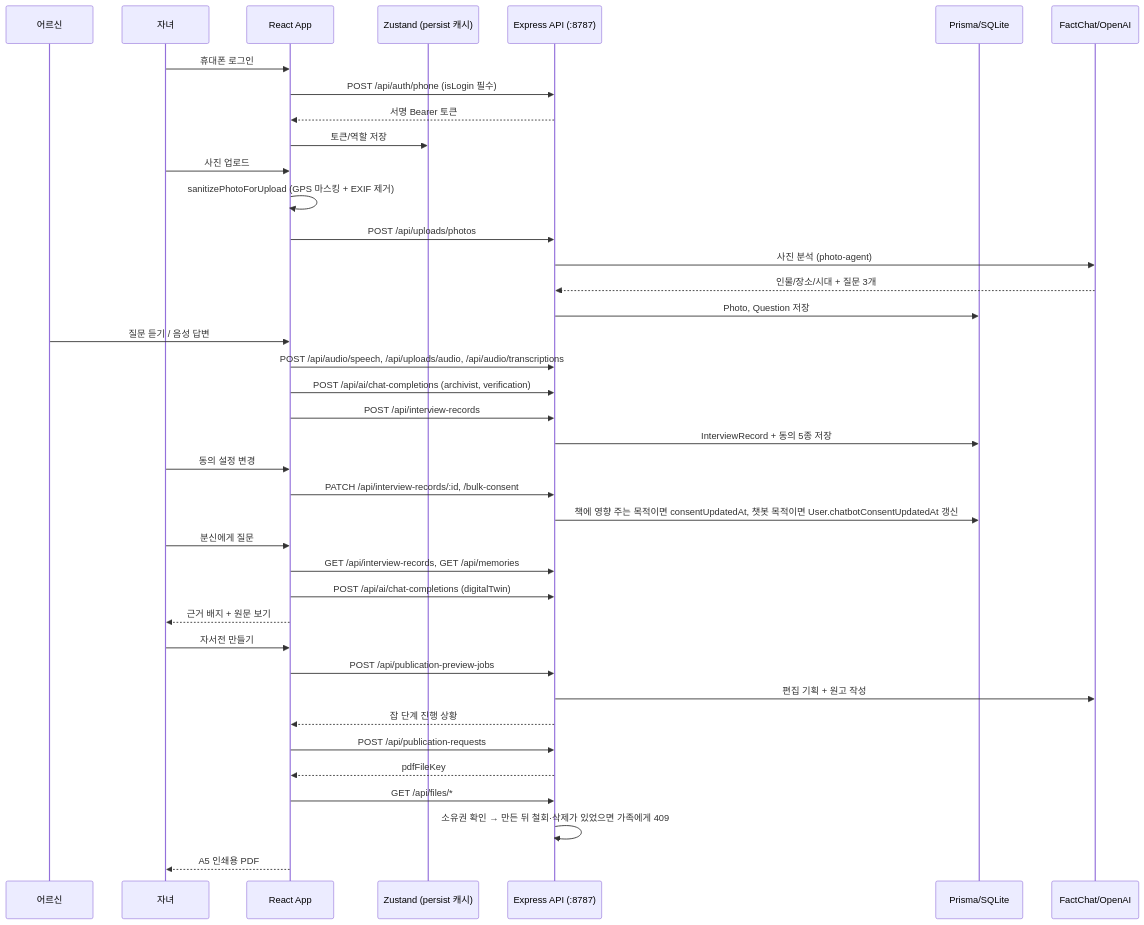
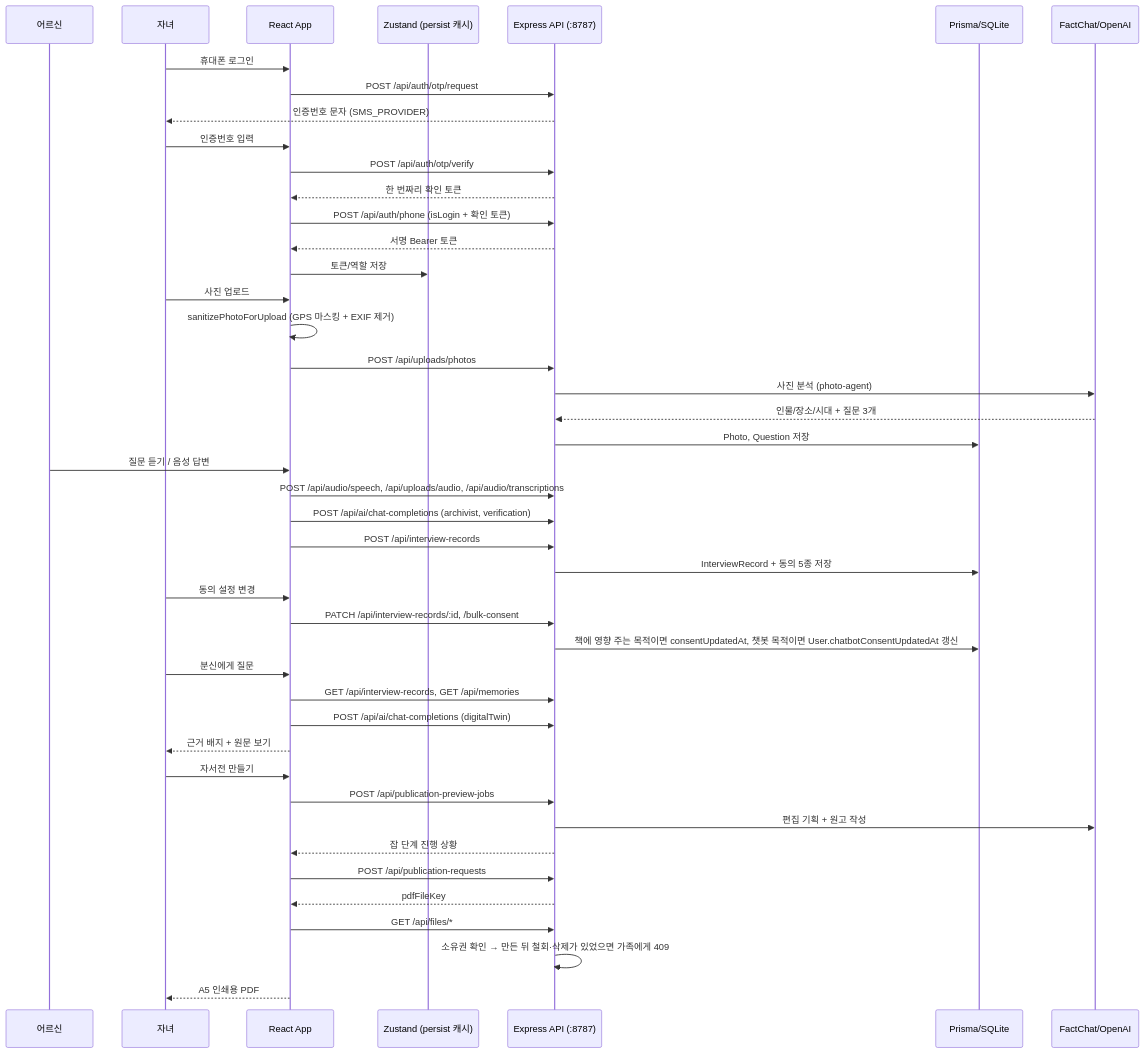
One commit to moondh99/dearlog changed the second of 4 diagrams in docs/technical-architecture.md. Above: the diagram before and after it, drawn with Mermaid. The commit also changed other lines of this file and 20 other files, not shown here.

First line of the commit message:
feat(auth): 로그인과 가입에 휴대폰 인증번호(OTP)를 붙였다 (#22)

````diff
--- a/docs/technical-architecture.md
+++ b/docs/technical-architecture.md
@@ -59,42 +59,47 @@
 ```mermaid
 sequenceDiagram
   participant Parent as 어르신
   participant Child as 자녀
   participant App as React App
   participant Store as Zustand (persist 캐시)
   participant API as Express API (:8787)
   participant DB as Prisma/SQLite
   participant AI as FactChat/OpenAI
 
   Child->>App: 휴대폰 로그인
-  App->>API: POST /api/auth/phone (isLogin 필수)
+  App->>API: POST /api/auth/otp/request
+  API-->>Child: 인증번호 문자 (SMS_PROVIDER)
+  Child->>App: 인증번호 입력
+  App->>API: POST /api/auth/otp/verify
+  API-->>App: 한 번짜리 확인 토큰
+  App->>API: POST /api/auth/phone (isLogin + 확인 토큰)
   API-->>App: 서명 Bearer 토큰
   App->>Store: 토큰/역할 저장
   Child->>App: 사진 업로드
   App->>App: sanitizePhotoForUpload (GPS 마스킹 + EXIF 제거)
   App->>API: POST /api/uploads/photos
   API->>AI: 사진 분석 (photo-agent)
   AI-->>API: 인물/장소/시대 + 질문 3개
   API->>DB: Photo, Question 저장
   Parent->>App: 질문 듣기 / 음성 답변
   App->>API: POST /api/audio/speech, /api/uploads/audio, /api/audio/transcriptions
   App->>API: POST /api/ai/chat-completions (archivist, verification)
   App->>API: POST /api/interview-records
   API->>DB: InterviewRecord + 동의 5종 저장
   Child->>App: 동의 설정 변경
   App->>API: PATCH /api/interview-records/:id, /bulk-consent
   API->>DB: 책에 영향 주는 목적이면 consentUpdatedAt, 챗봇 목적이면 User.chatbotConsentUpdatedAt 갱신
   Child->>App: 분신에게 질문
   App->>API: GET /api/interview-records, GET /api/memories
   App->>API: POST /api/ai/chat-completions (digitalTwin)
   App-->>Child: 근거 배지 + 원문 보기
   Child->>App: 자서전 만들기
   App->>API: POST /api/publication-preview-jobs
   API->>AI: 편집 기획 + 원고 작성
   API-->>App: 잡 단계 진행 상황
   App->>API: POST /api/publication-requests
   API-->>App: pdfFileKey
   App->>API: GET /api/files/*
   API->>API: 소유권 확인 → 만든 뒤 철회·삭제가 있었으면 가족에게 409
   App-->>Child: A5 인쇄용 PDF
 ```
````
